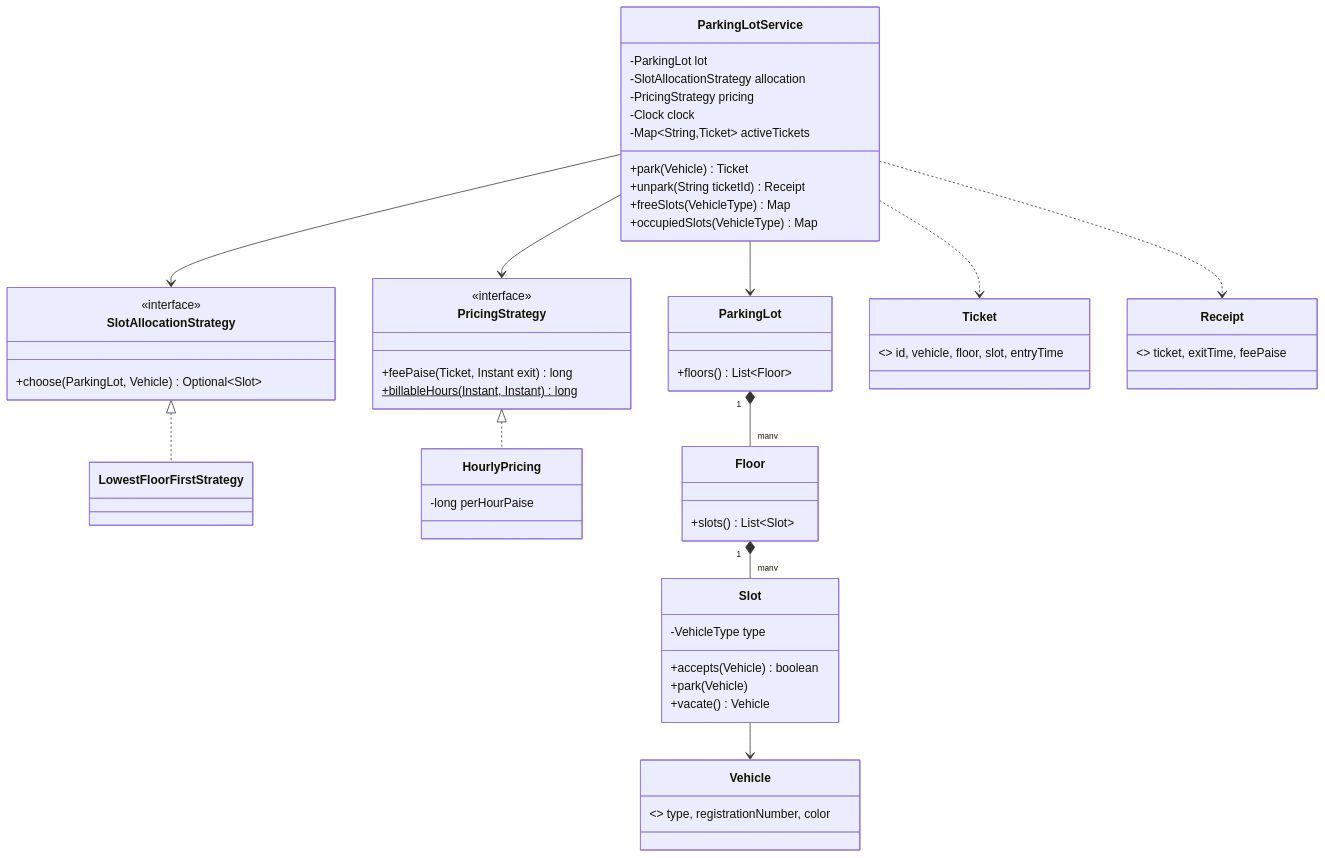
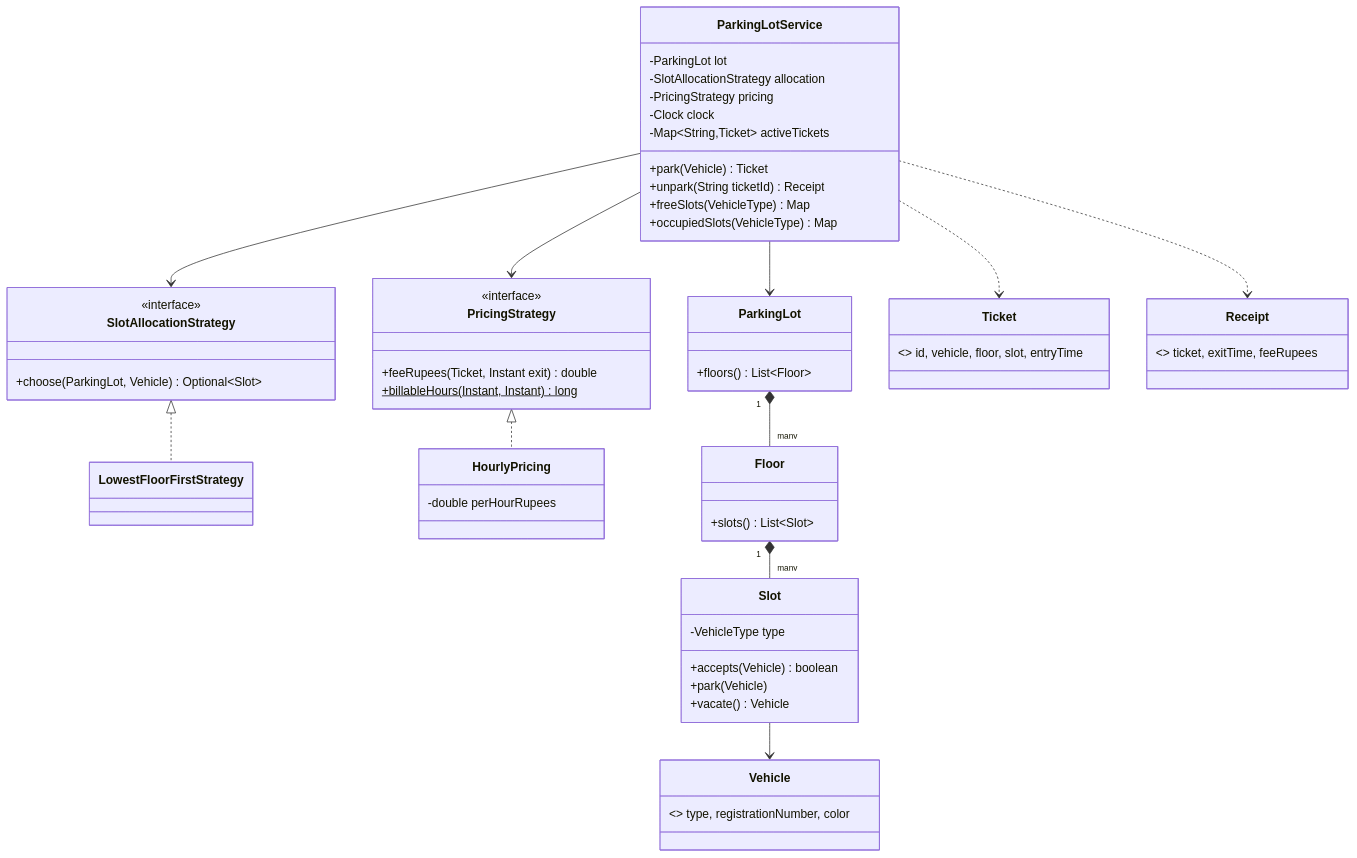
Before and after one commit to zekkrron/cs-knowledge-base: the first of 4 diagrams in LLD/Problems/01 - Parking Lot.md, drawn with Mermaid. The commit also changed other lines of this file and 21 other files, not shown here.

Commit message:
LLD: Functional/Non-functional requirements, parking lot money in rupees (double), CLI as optional driver, NotebookLM bundle recipe and audio prompt; Ratta Sheet: Clone Graph, Most Stones Removed

````diff
--- a/LLD/Problems/01 - Parking Lot.md
+++ b/LLD/Problems/01 - Parking Lot.md
@@ -70,46 +84,46 @@
 ```mermaid
 classDiagram
     class ParkingLotService {
         -ParkingLot lot
         -SlotAllocationStrategy allocation
         -PricingStrategy pricing
         -Clock clock
         -Map~String,Ticket~ activeTickets
         +park(Vehicle) Ticket
         +unpark(String ticketId) Receipt
         +freeSlots(VehicleType) Map
         +occupiedSlots(VehicleType) Map
     }
     class SlotAllocationStrategy {
         <<interface>>
         +choose(ParkingLot, Vehicle) Optional~Slot~
     }
     class LowestFloorFirstStrategy
     class PricingStrategy {
         <<interface>>
-        +feePaise(Ticket, Instant exit) long
+        +feeRupees(Ticket, Instant exit) double
         +billableHours(Instant, Instant)$ long
     }
-    class HourlyPricing { -long perHourPaise }
+    class HourlyPricing { -double perHourRupees }
     class ParkingLot { +floors() List~Floor~ }
     class Floor { +slots() List~Slot~ }
     class Slot {
         -VehicleType type
         +accepts(Vehicle) boolean
         +park(Vehicle)
         +vacate() Vehicle
     }
     class Ticket { <<record>> id, vehicle, floor, slot, entryTime }
-    class Receipt { <<record>> ticket, exitTime, feePaise }
+    class Receipt { <<record>> ticket, exitTime, feeRupees }
     class Vehicle { <<record>> type, registrationNumber, color }
     ParkingLotService --> ParkingLot
     ParkingLotService --> SlotAllocationStrategy
     ParkingLotService --> PricingStrategy
     SlotAllocationStrategy <|.. LowestFloorFirstStrategy
     PricingStrategy <|.. HourlyPricing
     ParkingLot "1" *-- "many" Floor
     Floor "1" *-- "many" Slot
     Slot --> Vehicle
     ParkingLotService ..> Ticket
     ParkingLotService ..> Receipt
 ```
````
